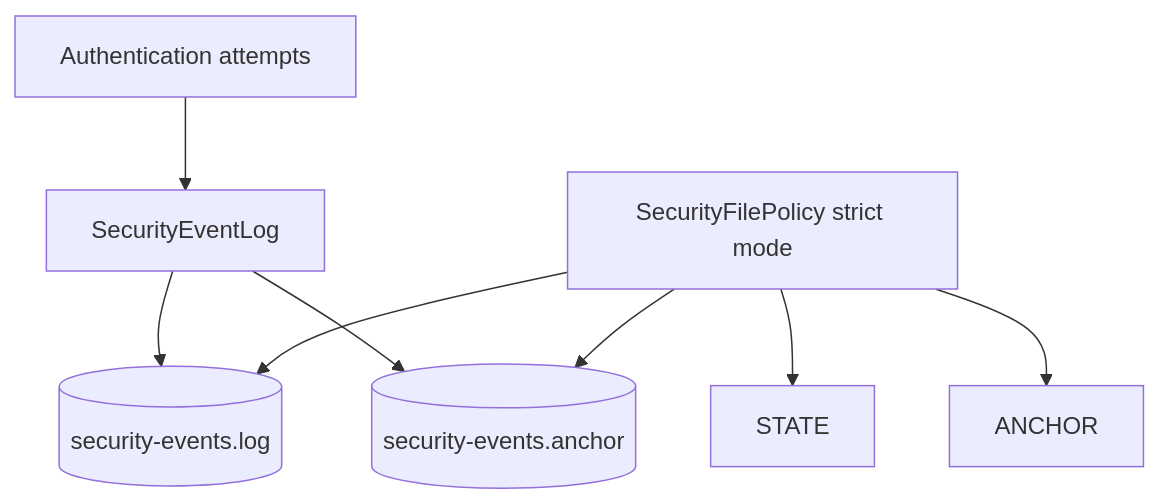
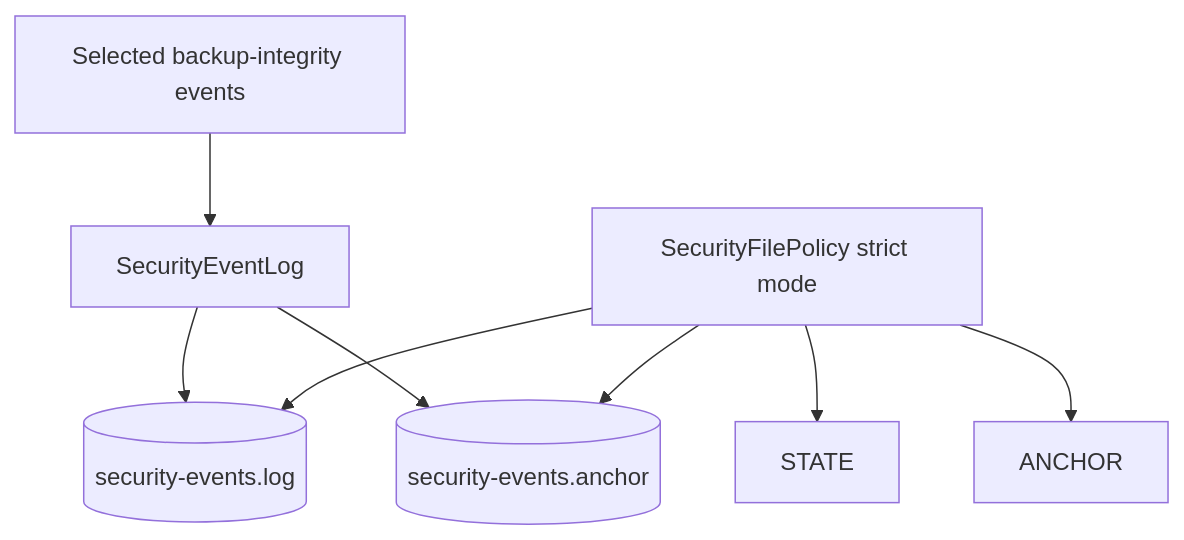
The second of 3 diagrams in ARCHITECTURE.md (johandersson/.LOG-hog), drawn with Mermaid before and after one commit. The commit also changed 2 other files, not shown here.

Commit message:
Correct security claims in architecture docs

````diff
--- a/ARCHITECTURE.md
+++ b/ARCHITECTURE.md
@@ -39,10 +39,10 @@
 ```mermaid
 flowchart TD
-    AUTH[Authentication attempts] --> EVT[SecurityEventLog]
+    BKPEVT[Selected backup-integrity events] --> EVT[SecurityEventLog]
     EVT --> ELOG[(security-events.log)]
     EVT --> EANCH[(security-events.anchor)]
     POLICY[SecurityFilePolicy strict mode] --> STATE
     POLICY --> ANCHOR
     POLICY --> ELOG
     POLICY --> EANCH
 ```
````
